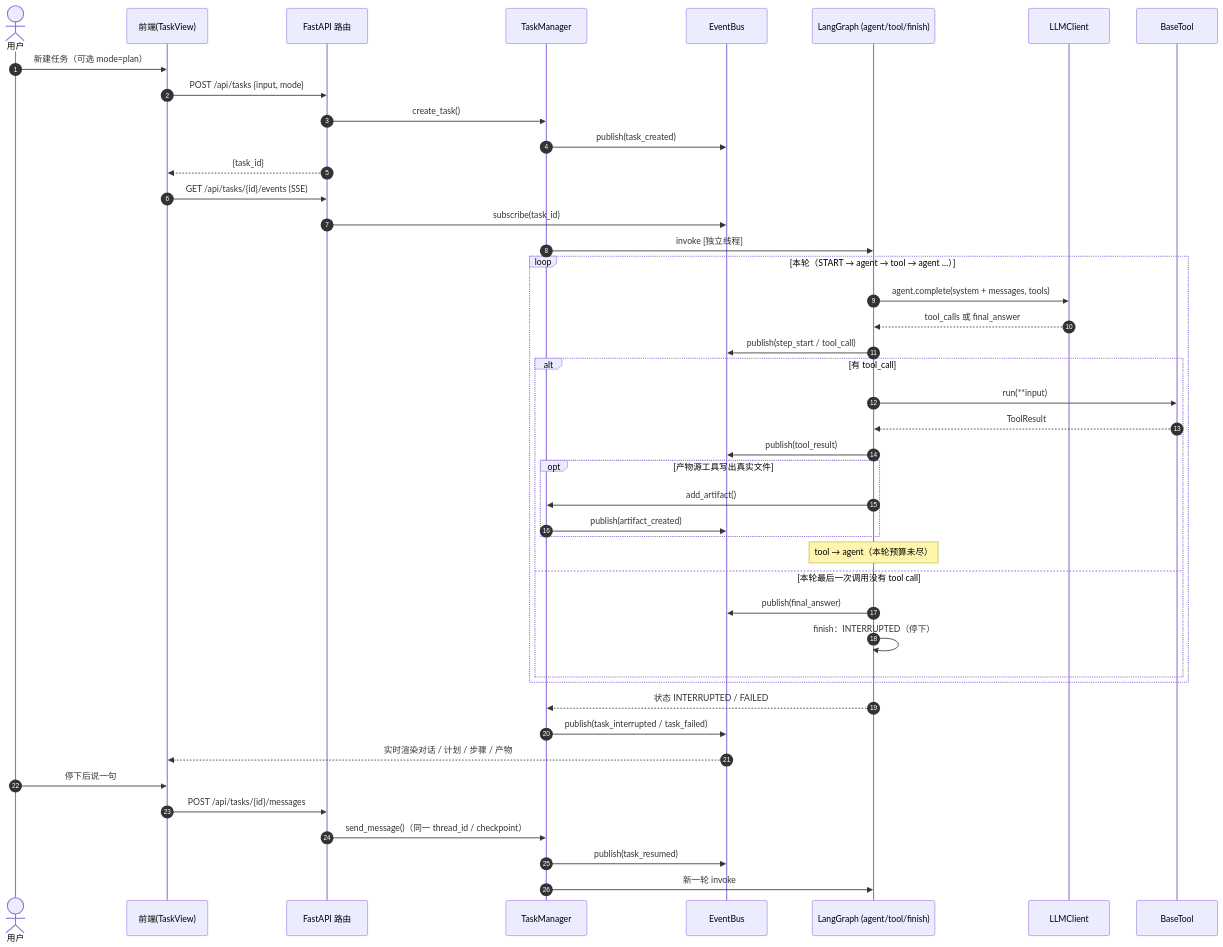
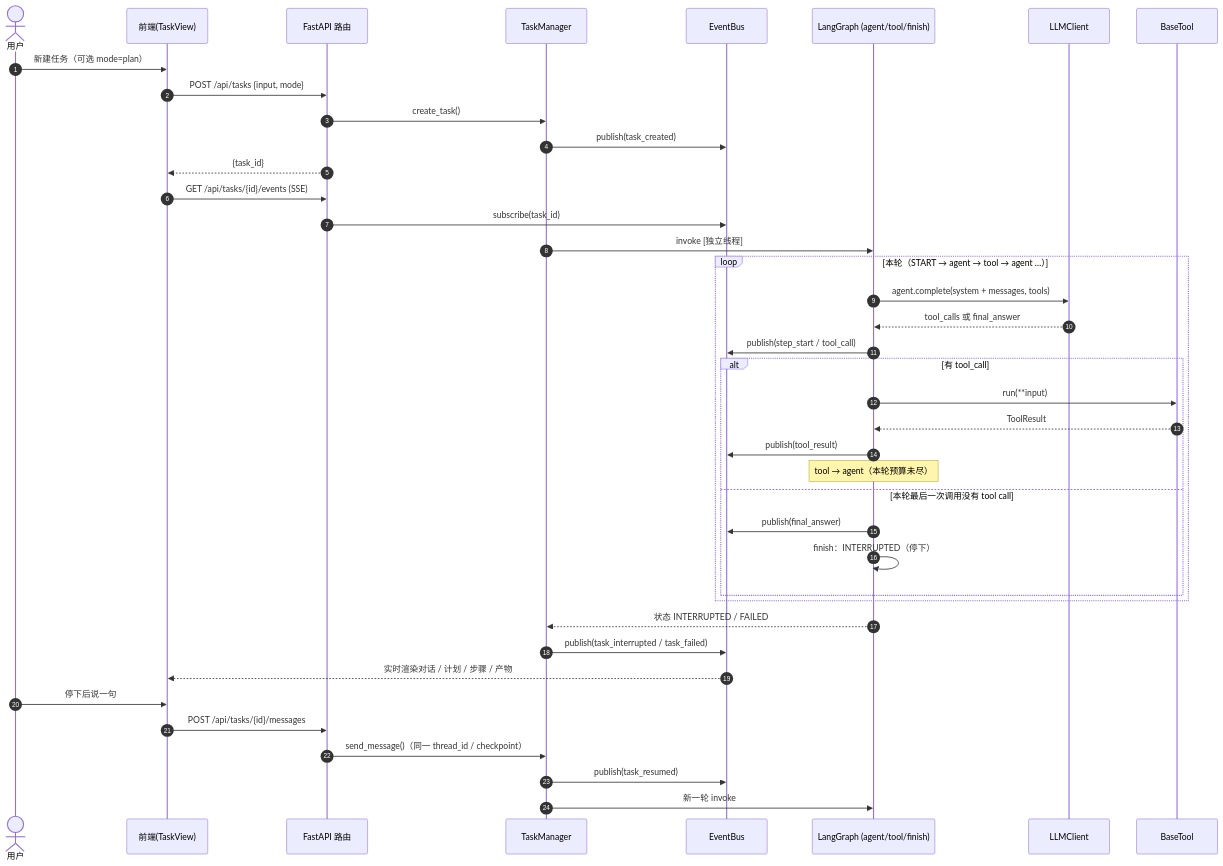
One commit to renjianguojinqianfan/langgraph-agent changed the second of 3 diagrams in docs/architecture.md. Above: the diagram before and after it, drawn with Mermaid. The commit also changed other lines of this file and 46 other files, not shown here.

````diff
--- a/docs/architecture.md
+++ b/docs/architecture.md
@@ -403,49 +401,45 @@
 ```mermaid
 sequenceDiagram
     autonumber
     actor U as 用户
     participant FE as 前端(TaskView)
     participant API as FastAPI 路由
     participant TM as TaskManager
     participant EB as EventBus
     participant G as LangGraph (agent/tool/finish)
     participant L as LLMClient
     participant T as BaseTool
 
     U->>FE: 新建任务（可选 mode=plan）
     FE->>API: POST /api/tasks {input, mode}
     API->>TM: create_task()
     TM->>EB: publish(task_created)
     API-->>FE: {task_id}
     FE->>API: GET /api/tasks/{id}/events (SSE)
     API->>EB: subscribe(task_id)
 
     TM->>G: invoke [独立线程]
     loop 本轮（START → agent → tool → agent …）
         G->>L: agent.complete(system + messages, tools)
         L-->>G: tool_calls 或 final_answer
         G->>EB: publish(step_start / tool_call)
         alt 有 tool_call
             G->>T: run(**input)
             T-->>G: ToolResult
             G->>EB: publish(tool_result)
-            opt 产物源工具写出真实文件
-                G->>TM: add_artifact()
-                TM->>EB: publish(artifact_created)
-            end
             Note over G: tool → agent（本轮预算未尽）
         else 本轮最后一次调用没有 tool call
             G->>EB: publish(final_answer)
             G->>G: finish：INTERRUPTED（停下）
         end
     end
     G-->>TM: 状态 INTERRUPTED / FAILED
     TM->>EB: publish(task_interrupted / task_failed)
     EB-->>FE: 实时渲染对话 / 计划 / 步骤 / 产物
 
     U->>FE: 停下后说一句
     FE->>API: POST /api/tasks/{id}/messages
     API->>TM: send_message()（同一 thread_id / checkpoint）
     TM->>EB: publish(task_resumed)
     TM->>G: 新一轮 invoke
 ```
````
